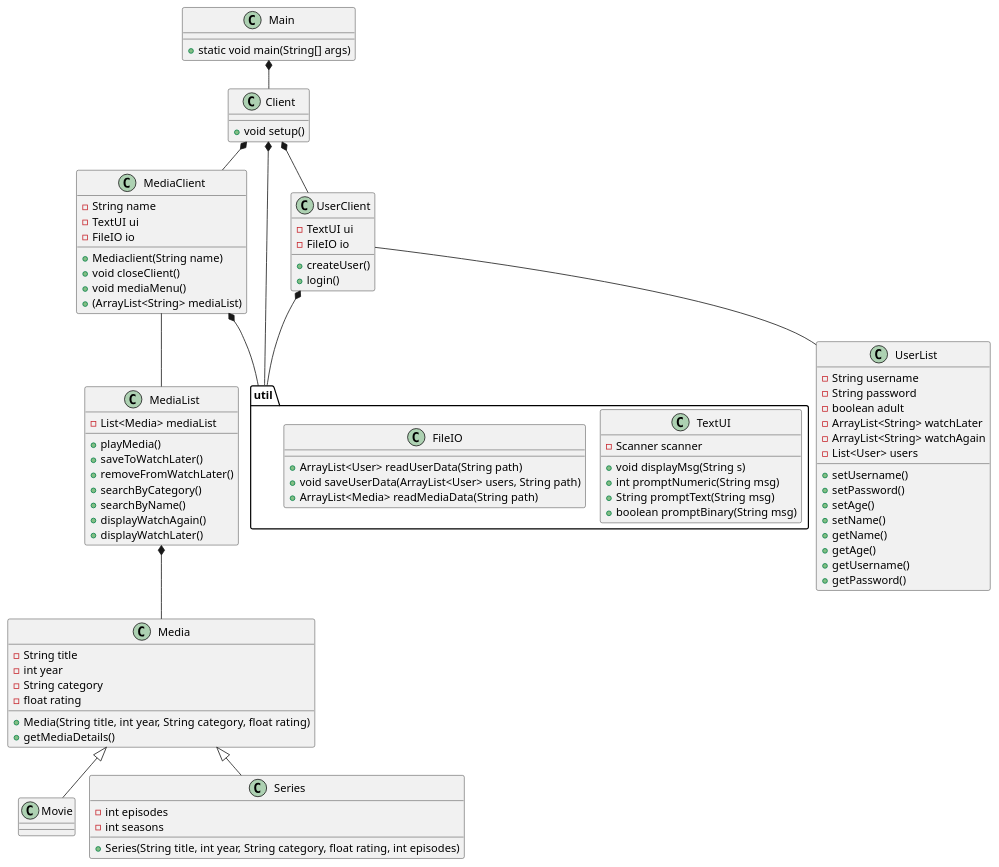
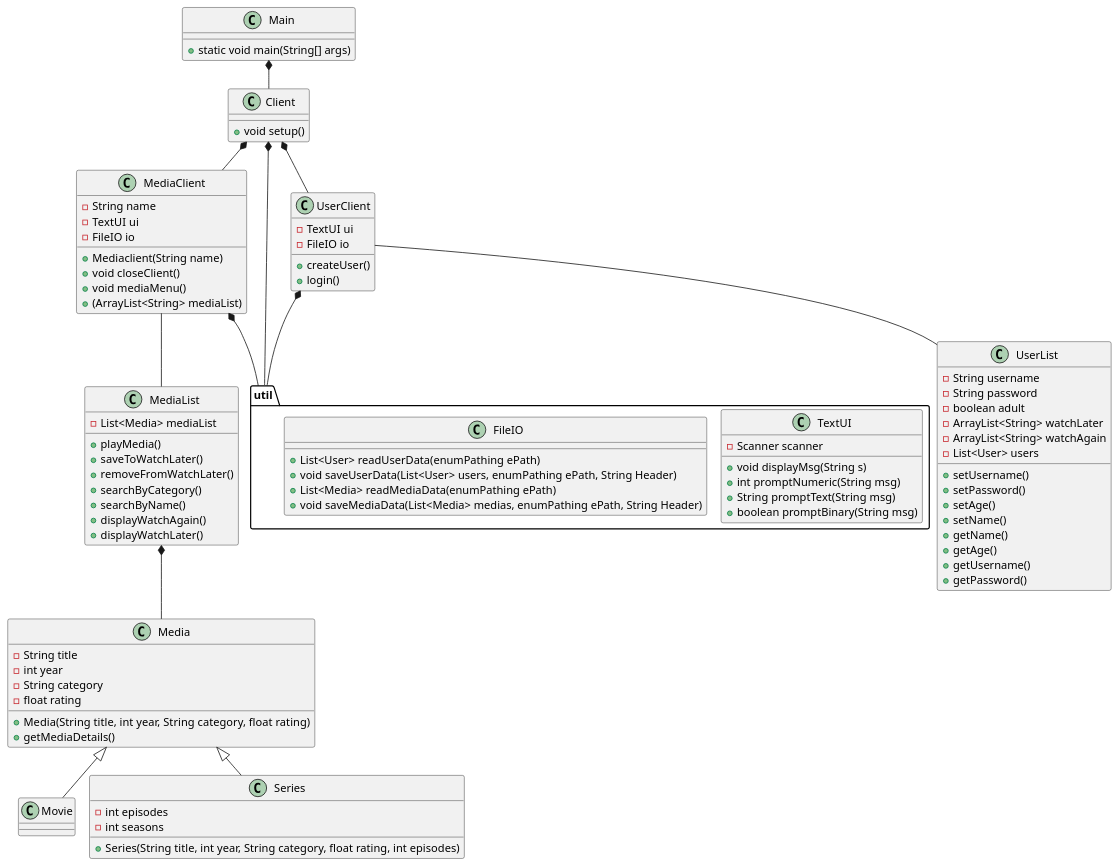
The diagram in docs/classdiagram_v0.puml (b-rino/SP3), drawn with PlantUML before and after one commit.

Commit message:
IO lørdag

```diff
--- a/docs/classdiagram_v0.puml
+++ b/docs/classdiagram_v0.puml
@@ -1,113 +1,113 @@
 @startuml
 !pragma layout smetana
 
 class Main{
 + static void main(String[] args)
 }
 
 class Client{
 +void setup()
 }
 
 class Media{
 - String title
 - int year
 - String category
 - float rating
 +Media(String title, int year, String category, float rating)
 +getMediaDetails()
 
 
 }
 
 class MediaClient{
 -String name
 -TextUI ui
 -FileIO io
 +Mediaclient(String name)
 +void closeClient()
 +void mediaMenu()
 +(ArrayList<String> mediaList)
 
 }
 class MediaList{
 -List<Media> mediaList
 +playMedia()
 +saveToWatchLater()
 +removeFromWatchLater()
 +searchByCategory()
 +searchByName()
 +displayWatchAgain()
 +displayWatchLater()
 }
 
 class UserList{
 -String username
 -String password
 -boolean adult
 +setUsername()
 +setPassword()
 +setAge()
 +setName()
 +getName()
 +getAge()
 +getUsername()
 +getPassword()
 -ArrayList<String> watchLater
 -ArrayList<String> watchAgain
 -List<User> users
 }
 
 
 class Movie{
 }
 
 class Series{
 - int episodes
 - int seasons
 +Series(String title, int year, String category, float rating, int episodes)
 }
 
 
 class UserClient{
 -TextUI ui
 -FileIO io
 +createUser()
 +login()
 
 '+logout()
 }
 
 
 package "util" {
 class TextUI{
 - Scanner scanner
 
 +void displayMsg(String s)
 +int promptNumeric(String msg)
 +String promptText(String msg)
 +boolean promptBinary(String msg)
 }
 class FileIO{
 '+void addMediaToFile(Media media, String path)
 '+void removeMediaFromFile(Media media, String path)
-+ArrayList<User> readUserData(String path)
-+void saveUserData(ArrayList<User> users, String path)
-+ArrayList<Media> readMediaData(String path)
-'+void saveMediaData
++List<User> readUserData(enumPathing ePath)
++void saveUserData(List<User> users, enumPathing ePath, String Header)
++List<Media> readMediaData(enumPathing ePath)
++void saveMediaData(List<Media> medias, enumPathing ePath, String Header)
 }
 }
 
 MediaList *-- Media
 Media<|--Series
 Media <|-- Movie
 Client *-- MediaClient
 MediaClient *-- "util"
 MediaClient -- MediaList
 Client *-- UserClient
 UserClient -- UserList
 UserClient *--"util"
 Main *-- Client
 Client *-- "util"
 
 @enduml
```
